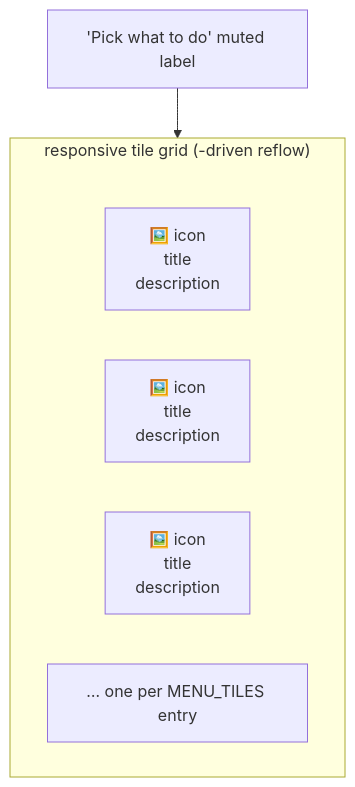
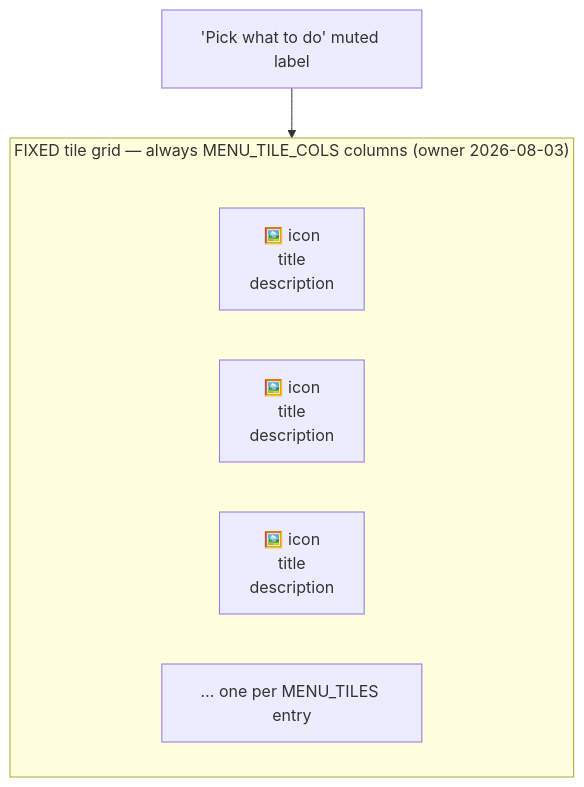
One commit to UVuruna/Prompt-Painter changed the first of 2 diagrams in gui/__flow/menu.md. Above: the diagram before and after it, drawn with Mermaid. The commit also changed other lines of this file and 15 other files, not shown here.

First line of the commit message:
0.0.200 UI rework phase 1 — fixed 4x2 menu grid + computed minsize, HOME icon + responsive icon-only nav strip

````diff
--- a/gui/__flow/menu.md
+++ b/gui/__flow/menu.md
@@ -7,13 +7,13 @@
 ```mermaid
 %%{init: {'flowchart': {'subGraphTitleMargin': {'top': 0, 'bottom': 35}}}}%%
 flowchart TB
     HDR["'Pick what to do' muted label"]
-    subgraph GRID["responsive tile grid (<Configure>-driven reflow)"]
+    subgraph GRID["FIXED tile grid — always MENU_TILE_COLS columns (owner 2026-08-03)"]
         direction LR
         T1["🖼️ icon<br/>title<br/>description"]
         T2["🖼️ icon<br/>title<br/>description"]
         T3["🖼️ icon<br/>title<br/>description"]
         Tn["… one per MENU_TILES entry"]
     end
     HDR --> GRID
 ```
````
